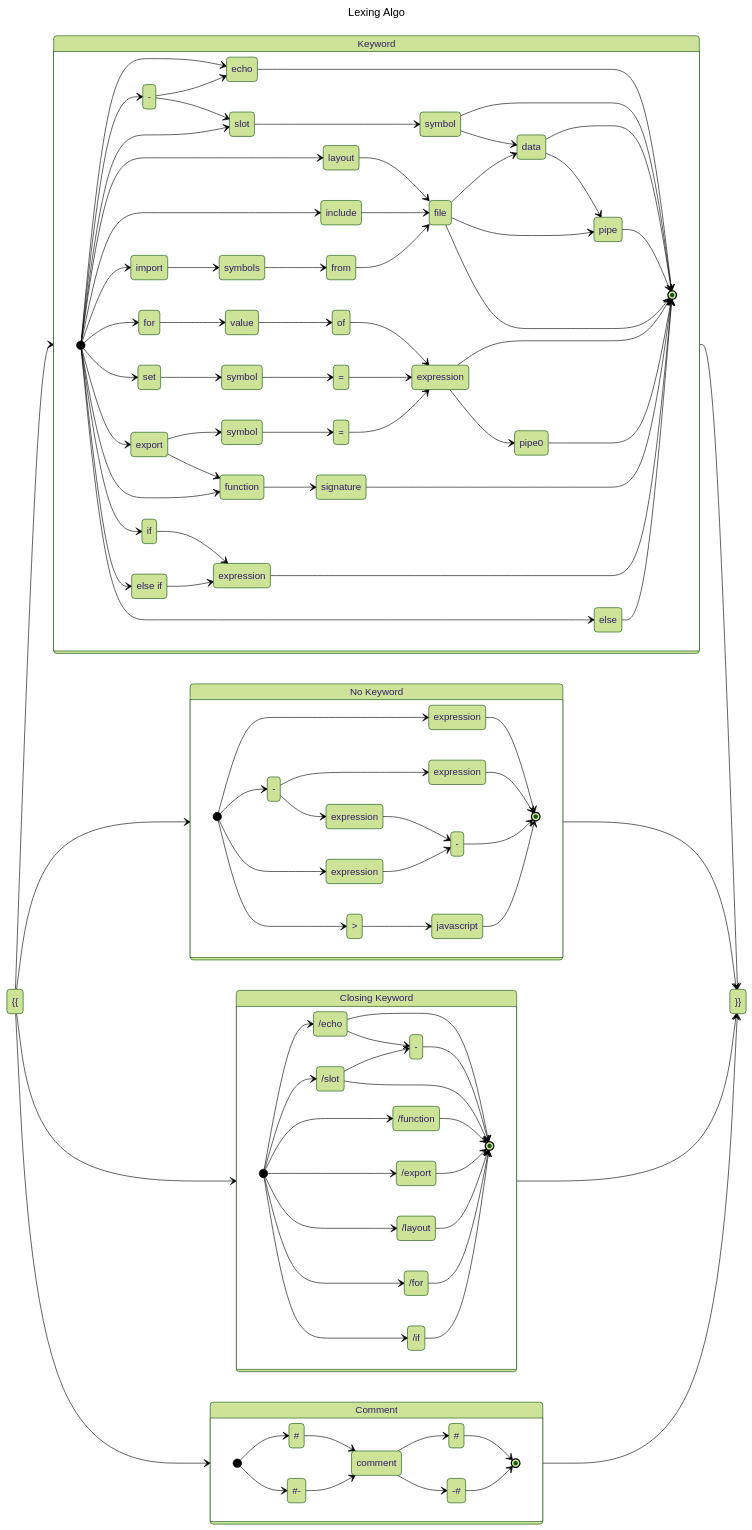
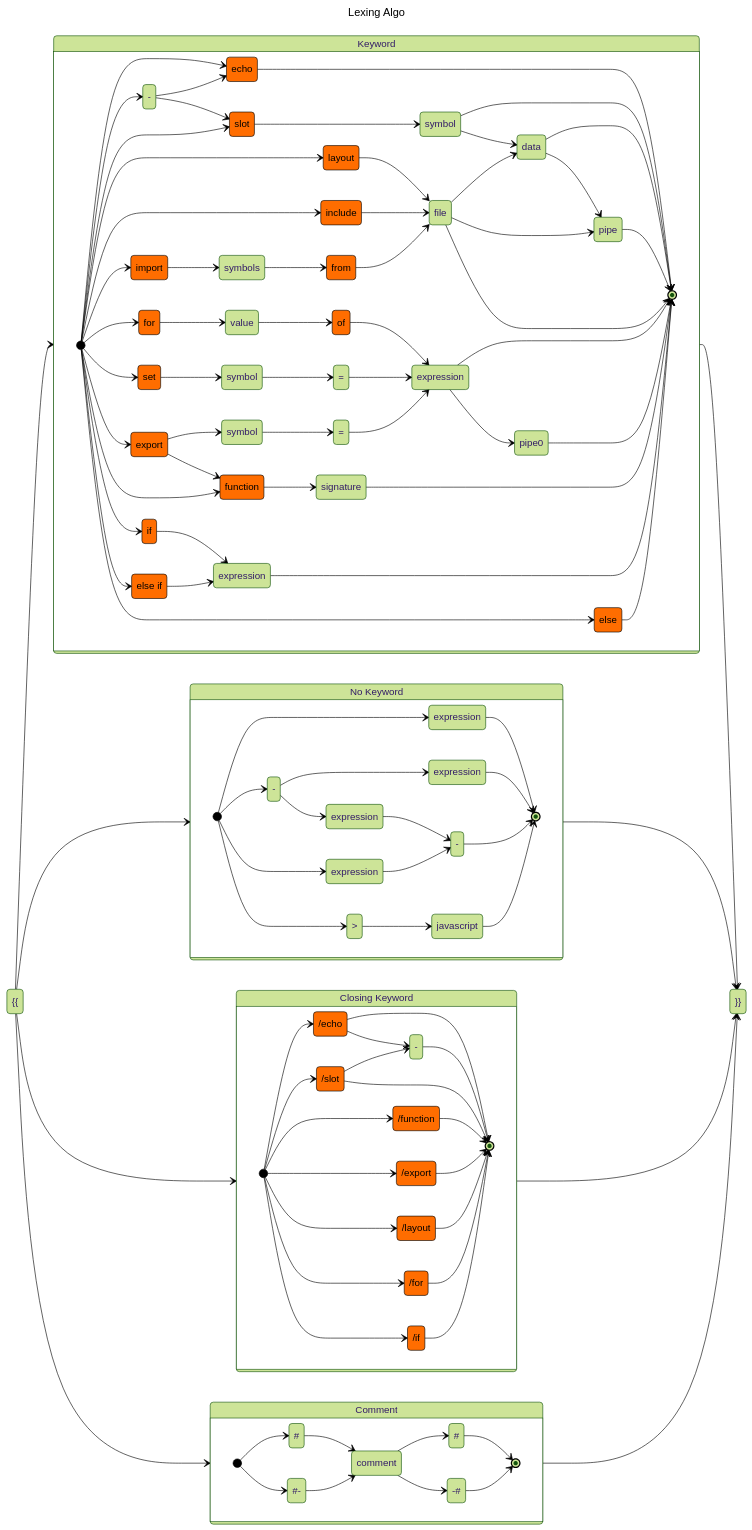
The first of 12 diagrams in statemachine-v2.md (ventojs/webstorm-vento), drawn with Mermaid before and after one commit.

Commit message:
chore(docs): uncomment Mermaid diagram styles in `statemachine-v2.md`
- Restored previously commented-out style definitions for improved diagram clarity and consistency.

````diff
--- a/statemachine-v2.md
+++ b/statemachine-v2.md
@@ -206,27 +206,27 @@
     open --> comment
     comment --> close
 
-%%    style echo stroke:#000000,fill:#FF6D00,color:#000000
-%%    style function stroke:#000000,fill:#FF6D00,color:#000000
-%%    style import stroke:#000000,fill:#FF6D00,color:#000000
-%%    style from stroke:#000000,fill:#FF6D00,color:#000000
-%%    style export stroke:#000000,fill:#FF6D00,color:#000000
-%%    style layout stroke:#000000,fill:#FF6D00,color:#000000
-%%    style include stroke:#000000,fill:#FF6D00,color:#000000
-%%    style set stroke:#000000,fill:#FF6D00,color:#000000
-%%    style slot stroke:#000000,fill:#FF6D00,color:#000000
-%%    style for stroke:#000000,fill:#FF6D00,color:#000000
-%%    style of stroke:#000000,fill:#FF6D00,color:#000000
-%%    style if stroke:#000000,fill:#FF6D00,color:#000000
-%%    style else stroke:#000000,fill:#FF6D00,color:#000000
-%%    style elseif stroke:#000000,fill:#FF6D00,color:#000000
-%%
-%%    style cecho stroke:#000000,fill:#FF6D00,color:#000000
-%%    style cfunction stroke:#000000,fill:#FF6D00,color:#000000
-%%    style cexport stroke:#000000,fill:#FF6D00,color:#000000
-%%    style clayout stroke:#000000,fill:#FF6D00,color:#000000
-%%    style cslot stroke:#000000,fill:#FF6D00,color:#000000
-%%    style cfor stroke:#000000,fill:#FF6D00,color:#000000
-%%    style cif stroke:#000000,fill:#FF6D00,color:#000000
+    style echo stroke:#000000,fill:#FF6D00,color:#000000
+    style function stroke:#000000,fill:#FF6D00,color:#000000
+    style import stroke:#000000,fill:#FF6D00,color:#000000
+    style from stroke:#000000,fill:#FF6D00,color:#000000
+    style export stroke:#000000,fill:#FF6D00,color:#000000
+    style layout stroke:#000000,fill:#FF6D00,color:#000000
+    style include stroke:#000000,fill:#FF6D00,color:#000000
+    style set stroke:#000000,fill:#FF6D00,color:#000000
+    style slot stroke:#000000,fill:#FF6D00,color:#000000
+    style for stroke:#000000,fill:#FF6D00,color:#000000
+    style of stroke:#000000,fill:#FF6D00,color:#000000
+    style if stroke:#000000,fill:#FF6D00,color:#000000
+    style else stroke:#000000,fill:#FF6D00,color:#000000
+    style elseif stroke:#000000,fill:#FF6D00,color:#000000
+
+    style cecho stroke:#000000,fill:#FF6D00,color:#000000
+    style cfunction stroke:#000000,fill:#FF6D00,color:#000000
+    style cexport stroke:#000000,fill:#FF6D00,color:#000000
+    style clayout stroke:#000000,fill:#FF6D00,color:#000000
+    style cslot stroke:#000000,fill:#FF6D00,color:#000000
+    style cfor stroke:#000000,fill:#FF6D00,color:#000000
+    style cif stroke:#000000,fill:#FF6D00,color:#000000
 
 ```
````
